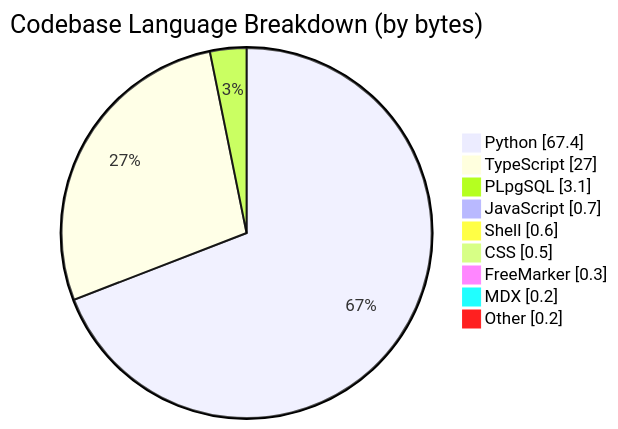
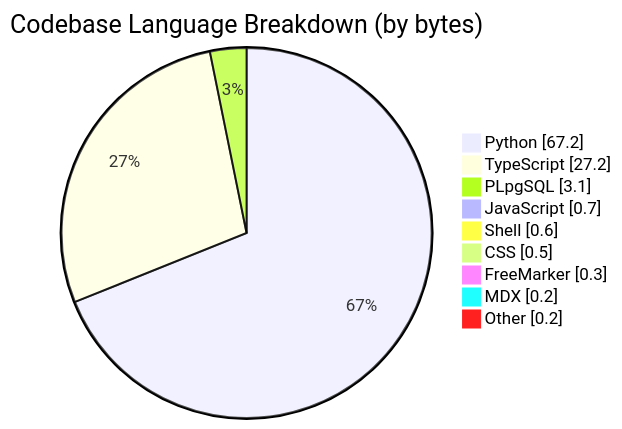
The third of 4 diagrams in profile/README.md (CSTH-Projects/.github), drawn with Mermaid before and after one commit. The commit also changed other lines of this file, not shown here.

````diff
--- a/profile/README.md
+++ b/profile/README.md
@@ -63,13 +63,13 @@
 ```mermaid
 pie showData
     title Codebase Language Breakdown (by bytes)
-    "Python" : 67.4
-    "TypeScript" : 27.0
+    "Python" : 67.2
+    "TypeScript" : 27.2
     "PLpgSQL" : 3.1
     "JavaScript" : 0.7
     "Shell" : 0.6
     "CSS" : 0.5
     "FreeMarker" : 0.3
     "MDX" : 0.2
     "Other" : 0.2
 ```
````
